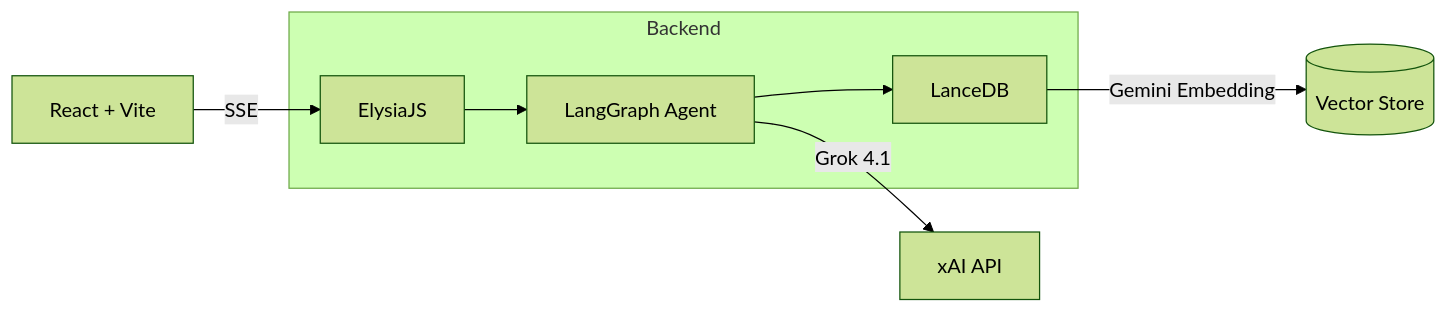
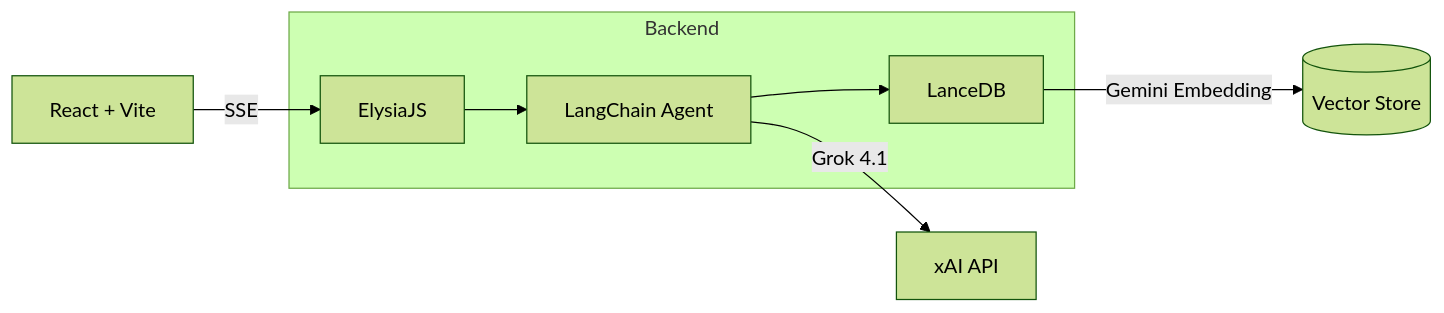
The diagram in data/architectures/projects/ai-portfolio-chatbot.mmd (genie49/genie-cv), drawn with Mermaid (forest theme) before and after one commit. The commit also changed 16 other files, not shown here.

First line of the commit message:
refactor: LangGraph → LangChain 일괄 변경 + fingoo 프로젝트 설명 보강 + 기여 카드 가로 스크롤

```diff
--- a/data/architectures/projects/ai-portfolio-chatbot.mmd
+++ b/data/architectures/projects/ai-portfolio-chatbot.mmd
@@ -1,11 +1,11 @@
 graph LR
     Client[React + Vite] -->|SSE| API[ElysiaJS]
-    API --> Agent[LangGraph Agent]
+    API --> Agent[LangChain Agent]
     Agent --> RAG[LanceDB]
     RAG -->|Gemini Embedding| Vectors[(Vector Store)]
     Agent -->|Grok 4.1| LLM[xAI API]
     subgraph Backend
         API
         Agent
         RAG
     end
```
